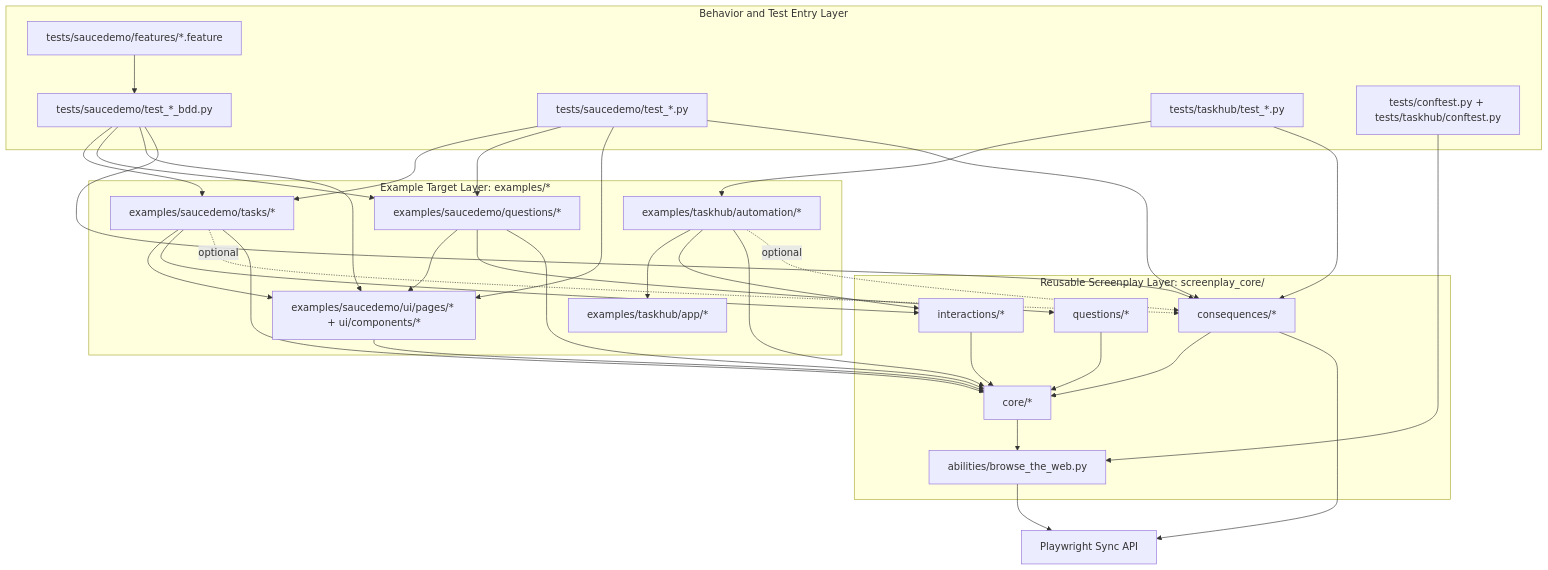
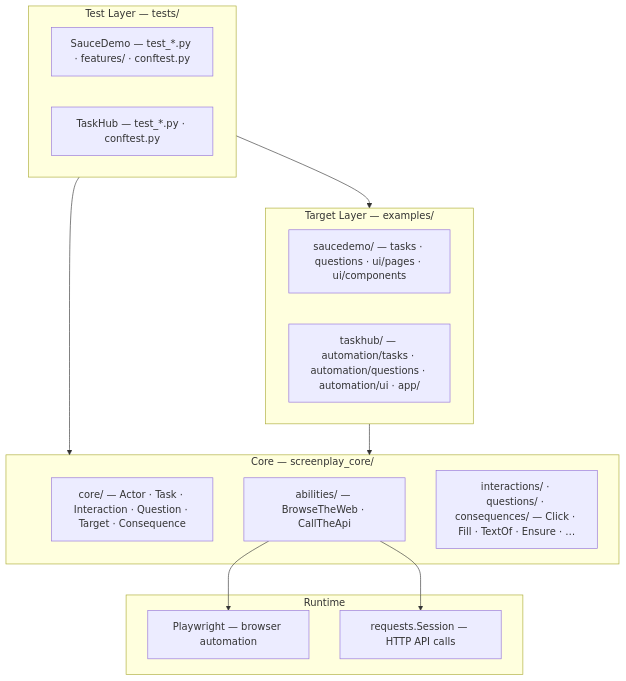
The first of 8 diagrams in docs/architecture.md (stansiris/playwright-pytest-screenplay-framework), drawn with Mermaid before and after one commit. The commit also changed other lines of this file and 4 other files, not shown here.

````diff
--- a/docs/architecture.md
+++ b/docs/architecture.md
@@ -11,61 +18,29 @@
 ```mermaid
 flowchart TB
-  subgraph Behavior["Behavior and Test Entry Layer"]
-    F[tests/saucedemo/features/*.feature]
-    BDD[tests/saucedemo/test_*_bdd.py]
-    PYTSD[tests/saucedemo/test_*.py]
-    PYTTH[tests/taskhub/test_*.py]
-    CONF[tests/conftest.py + tests/taskhub/conftest.py]
+  subgraph TL["Test Layer — tests/"]
+    SD["SauceDemo — test_*.py · features/ · conftest.py"]
+    TH["TaskHub — test_*.py · conftest.py"]
   end
 
-  subgraph Domain["Example Target Layer: examples/*"]
-    ST[examples/saucedemo/tasks/*]
-    SQ[examples/saucedemo/questions/*]
-    SUI[examples/saucedemo/ui/pages/* + ui/components/*]
-    THA[examples/taskhub/automation/*]
-    THAPP[examples/taskhub/app/*]
+  subgraph EL["Target Layer — examples/"]
+    SDE["saucedemo/ — tasks · questions · ui/pages · ui/components"]
+    THE["taskhub/ — automation/tasks · automation/questions · automation/ui · app/"]
   end
 
-  subgraph Core["Reusable Screenplay Layer: screenplay_core/"]
-    CCORE[core/*]
-    CAB[abilities/browse_the_web.py]
-    CINT[interactions/*]
-    CQUE[questions/*]
-    CCONS[consequences/*]
+  subgraph CL["Core — screenplay_core/"]
+    CORE["core/ — Actor · Task · Interaction · Question · Target · Consequence"]
+    AB["abilities/ — BrowseTheWeb · CallTheApi"]
+    BI["interactions/ · questions/ · consequences/ — Click · Fill · TextOf · Ensure · …"]
   end
 
-  PW[Playwright Sync API]
+  subgraph RT["Runtime"]
+    PW["Playwright — browser automation"]
+    HTTP["requests.Session — HTTP API calls"]
+  end
 
-  F --> BDD
-  BDD --> ST
-  BDD --> SQ
-  BDD --> SUI
-  BDD --> CCONS
-  PYTSD --> ST
-  PYTSD --> SQ
-  PYTSD --> SUI
-  PYTSD --> CCONS
-  PYTTH --> THA
-  PYTTH --> CCONS
-  CONF --> CAB
-
-  ST --> SUI
-  SQ --> SUI
-  ST --> CINT
-  ST -. optional .-> CCONS
-  SQ --> CQUE
-  ST --> CCORE
-  SQ --> CCORE
-  SUI --> CCORE
-  THA --> THAPP
-  THA --> CINT
-  THA --> CCORE
-  THA -. optional .-> CCONS
-
-  CINT --> CCORE
-  CQUE --> CCORE
-  CCONS --> CCORE
-  CCORE --> CAB
-  CCONS --> PW
-  CAB --> PW
+  TL --> EL
+  TL --> CL
+  EL --> CL
+  AB --> PW
+  AB --> HTTP
 ```
````
